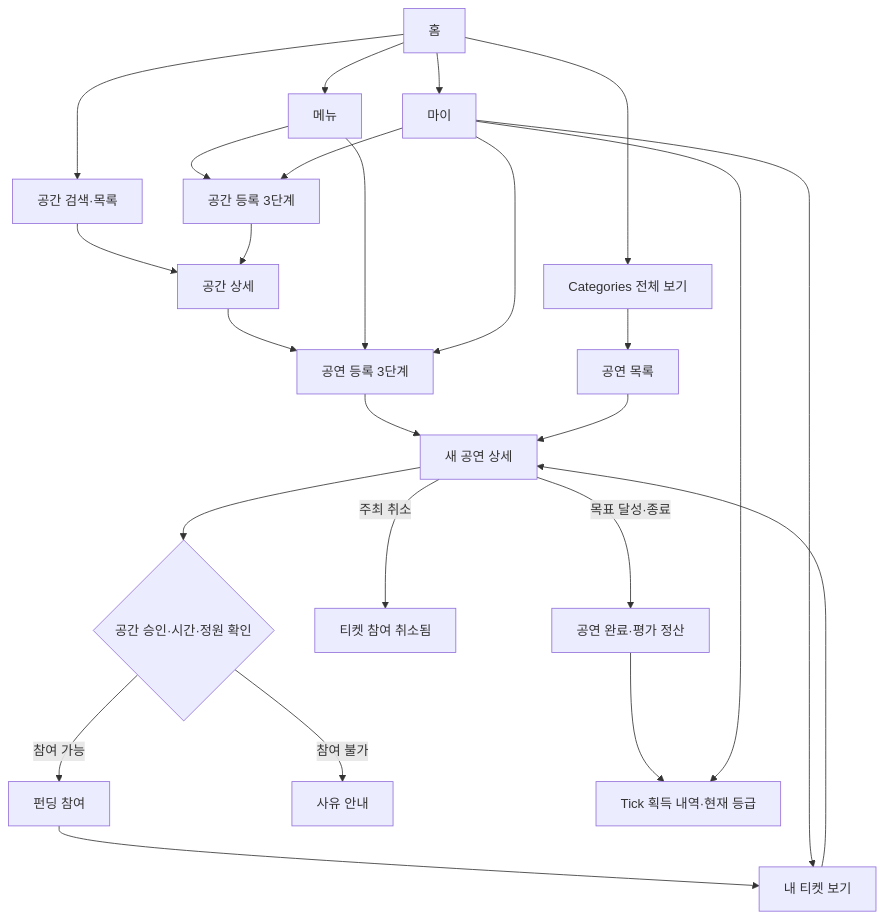
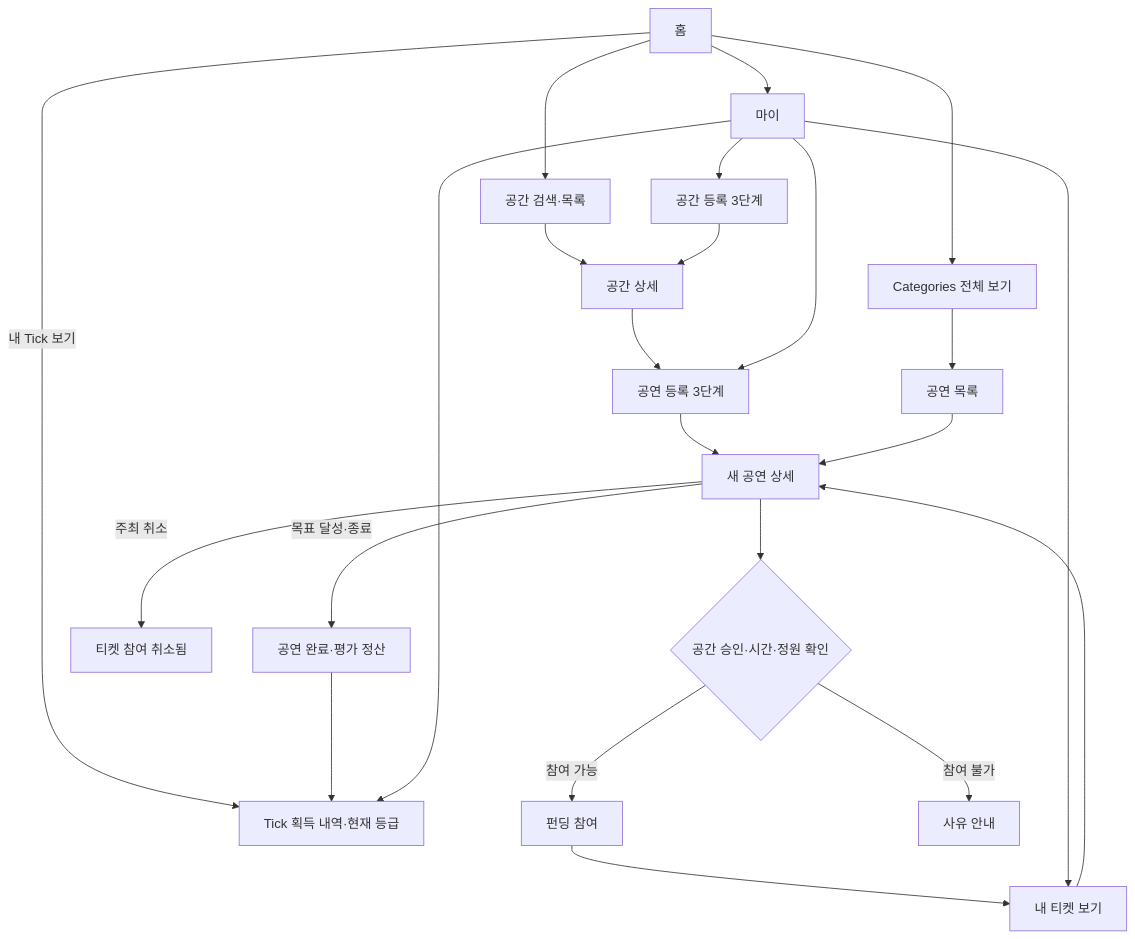
Before and after one commit to kev208dev/croctick-mvp: the diagram in docs/UX_FLOW.md, drawn with Mermaid. The commit also changed other lines of this file and 6 other files, not shown here.

````diff
--- a/docs/UX_FLOW.md
+++ b/docs/UX_FLOW.md
@@ -7,27 +7,25 @@
 ```mermaid
 flowchart TD
   H[홈] --> P[공간 검색·목록]
   H --> C[Categories 전체 보기]
   C --> S[공연 목록]
-  H --> M[메뉴]
-  M --> R[공간 등록 3단계]
+  H -->|내 Tick 보기| K[Tick 획득 내역·현재 등급]
+  MY --> R[공간 등록 3단계]
   P --> PD[공간 상세]
   R --> PD
   PD --> SR[공연 등록 3단계]
-  M --> SR
   SR --> SD[새 공연 상세]
   S --> SD
   SD --> A{공간 승인·시간·정원 확인}
   A -->|참여 가능| F[펀딩 참여]
   A -->|참여 불가| B[사유 안내]
   F --> T[내 티켓 보기]
   T --> SD
   SD -->|주최 취소| X[티켓 참여 취소됨]
   SD -->|목표 달성·종료| E[공연 완료·평가 정산]
-  E --> K[Tick 획득 내역·현재 등급]
+  E --> K
   H --> MY[마이]
   MY --> T
   MY --> K
-  MY --> R
   MY --> SR
 ```
````
